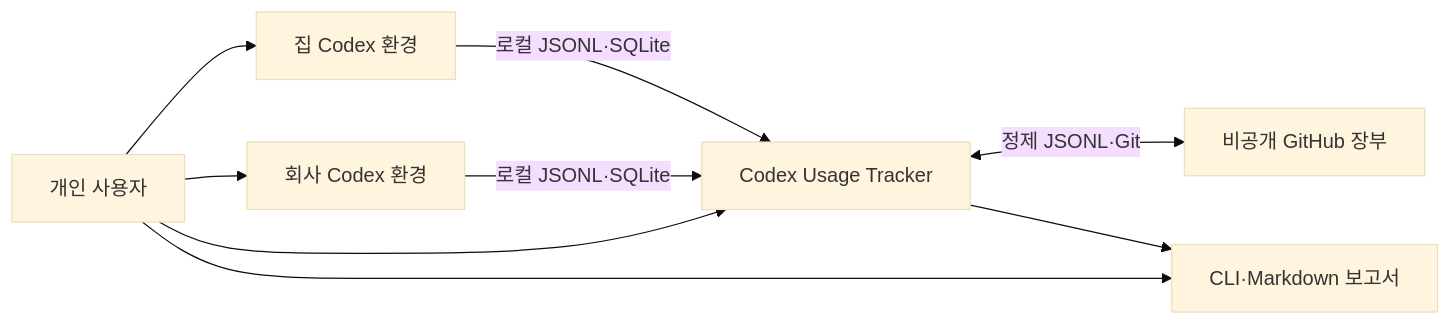
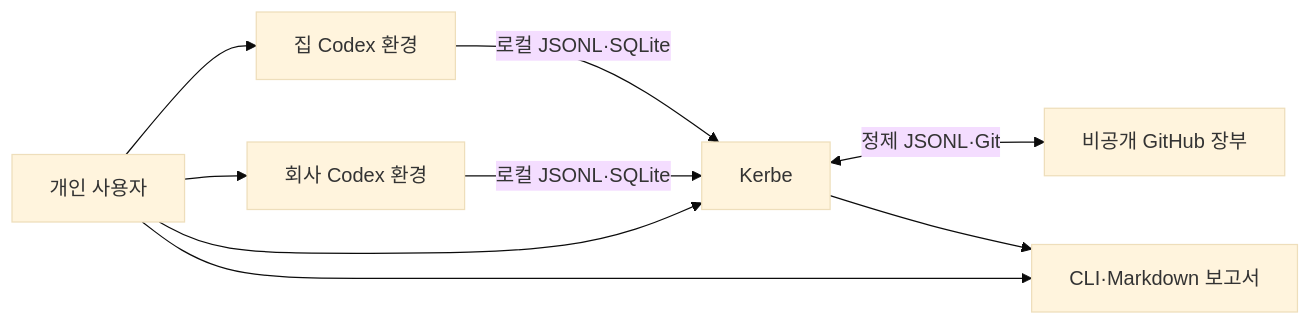
The first of 6 diagrams in ARCHITECTURE.md (shotgun1107/kerbe), drawn with Mermaid (base theme) before and after one commit. The commit also changed other lines of this file and 16 other files, not shown here.

````diff
--- a/ARCHITECTURE.md
+++ b/ARCHITECTURE.md
@@ -26,18 +26,18 @@
 ```mermaid
 flowchart LR
     U["개인 사용자"]
     C1["집 Codex 환경"]
     C2["회사 Codex 환경"]
-    T["Codex Usage Tracker"]
+    T["Kerbe"]
     G["비공개 GitHub 장부"]
     R["CLI·Markdown 보고서"]
 
     U --> C1
     U --> C2
     C1 -->|"로컬 JSONL·SQLite"| T
     C2 -->|"로컬 JSONL·SQLite"| T
     T <-->|"정제 JSONL·Git"| G
     T --> R
     U --> T
     U --> R
 ```
````
